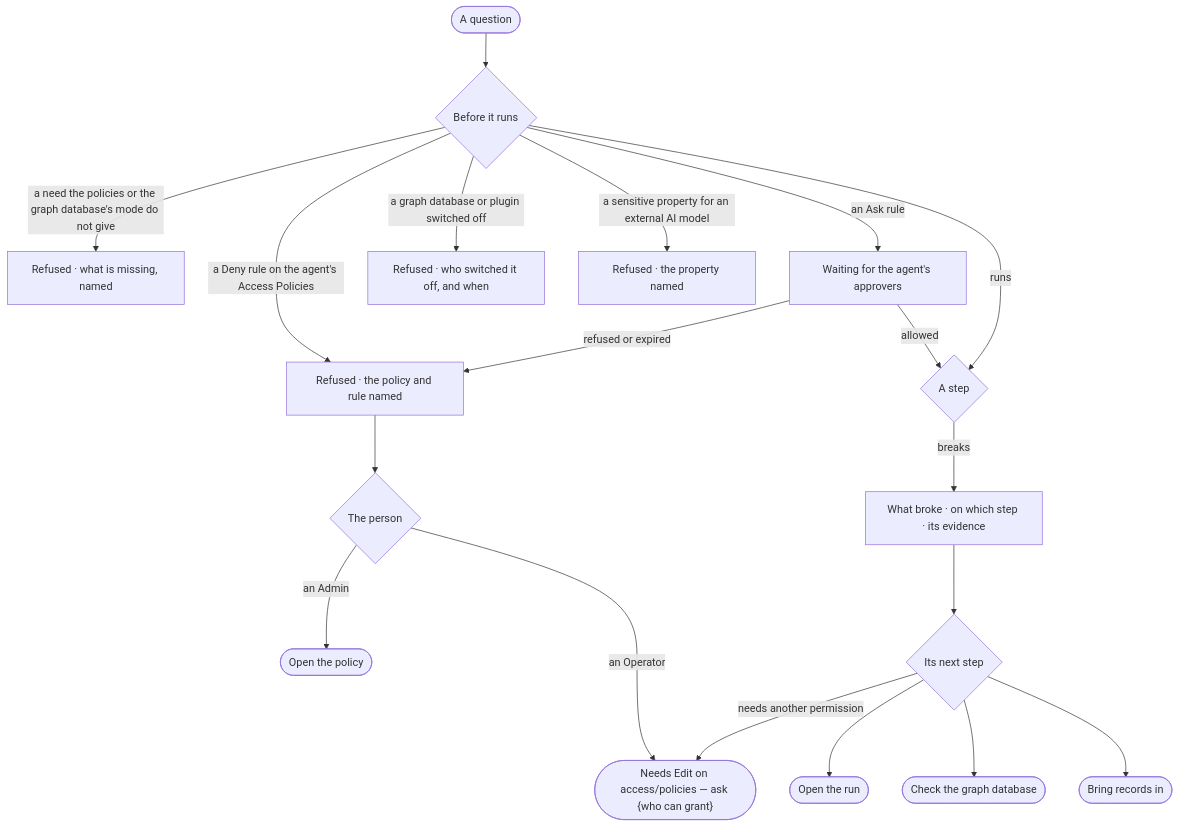
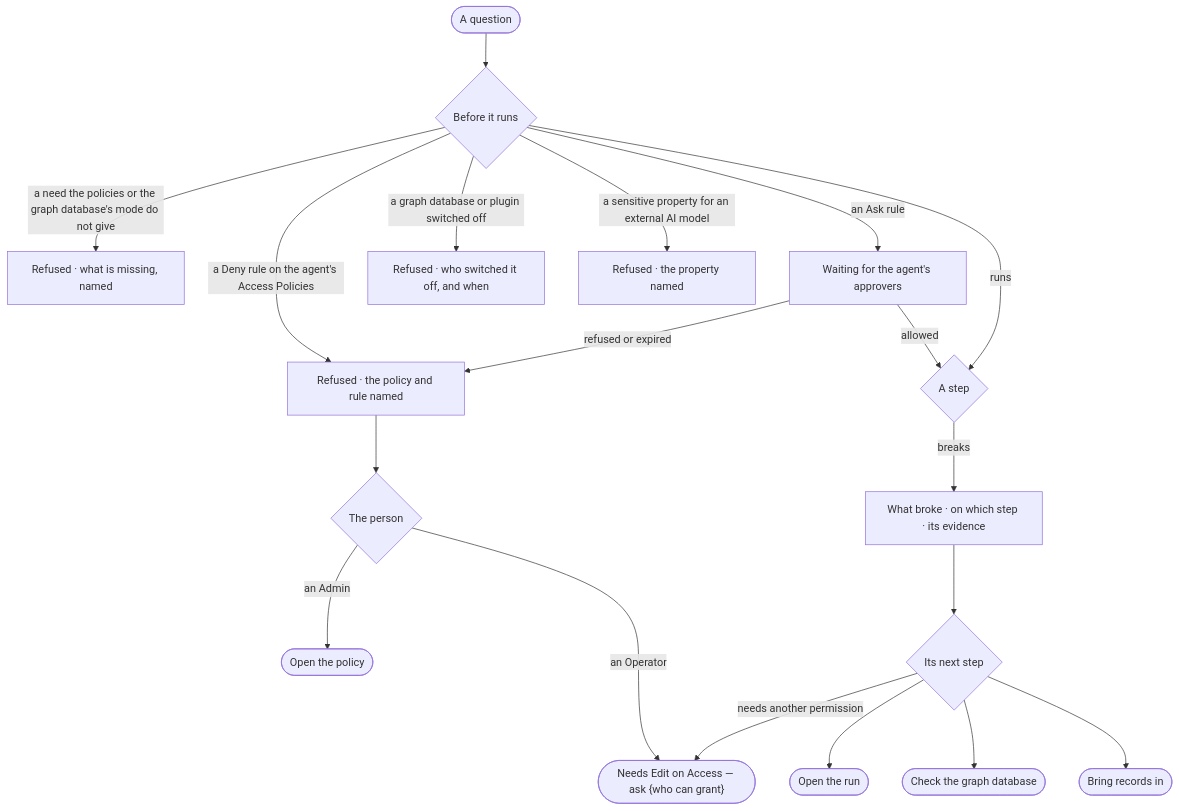
One commit to invana/invana changed the diagram in specs/capabilities/explore/features/EX-F05-when-it-cannot-answer-and-how-it-reasons/stories/EX-06-a-refusal-or-a-failure-that-says-why/story.md. Above: the diagram before and after it, drawn with Mermaid. The commit also changed other lines of this file and 127 other files, not shown here.

````diff
--- a/specs/capabilities/explore/features/EX-F05-when-it-cannot-answer-and-how-it-reasons/stories/EX-06-a-refusal-or-a-failure-that-says-why/story.md
+++ b/specs/capabilities/explore/features/EX-F05-when-it-cannot-answer-and-how-it-reasons/stories/EX-06-a-refusal-or-a-failure-that-says-why/story.md
@@ -27,21 +27,21 @@
 ```mermaid
 flowchart TD
   a([A question]) --> b{Before it runs}
   b -->|a Deny rule on the agent's Access Policies| r["Refused · the policy and rule named"]
   b -->|a need the policies or the graph database's mode do not give| w["Refused · what is missing, named"]
   b -->|an Ask rule| ask["Waiting for the agent's approvers"]
   ask -->|allowed| s
   ask -->|refused or expired| r
   b -->|a graph database or plugin switched off| off["Refused · who switched it off, and when"]
   b -->|a sensitive property for an external AI model| sen["Refused · the property named"]
   r --> o{The person}
   o -->|an Admin| cr(["Open the policy"])
-  o -->|an Operator| ao(["Needs Edit on access/policies — ask {who can grant}"])
+  o -->|an Operator| ao(["Needs Edit on Access — ask {who can grant}"])
   b -->|runs| s{A step}
   s -->|breaks| d["What broke · on which step · its evidence"]
   d --> n{"Its next step"}
   n --> t(["Open the run"])
   n --> c(["Check the graph database"])
   n --> l(["Bring records in"])
   n -->|needs another permission| ao
 ```
````
